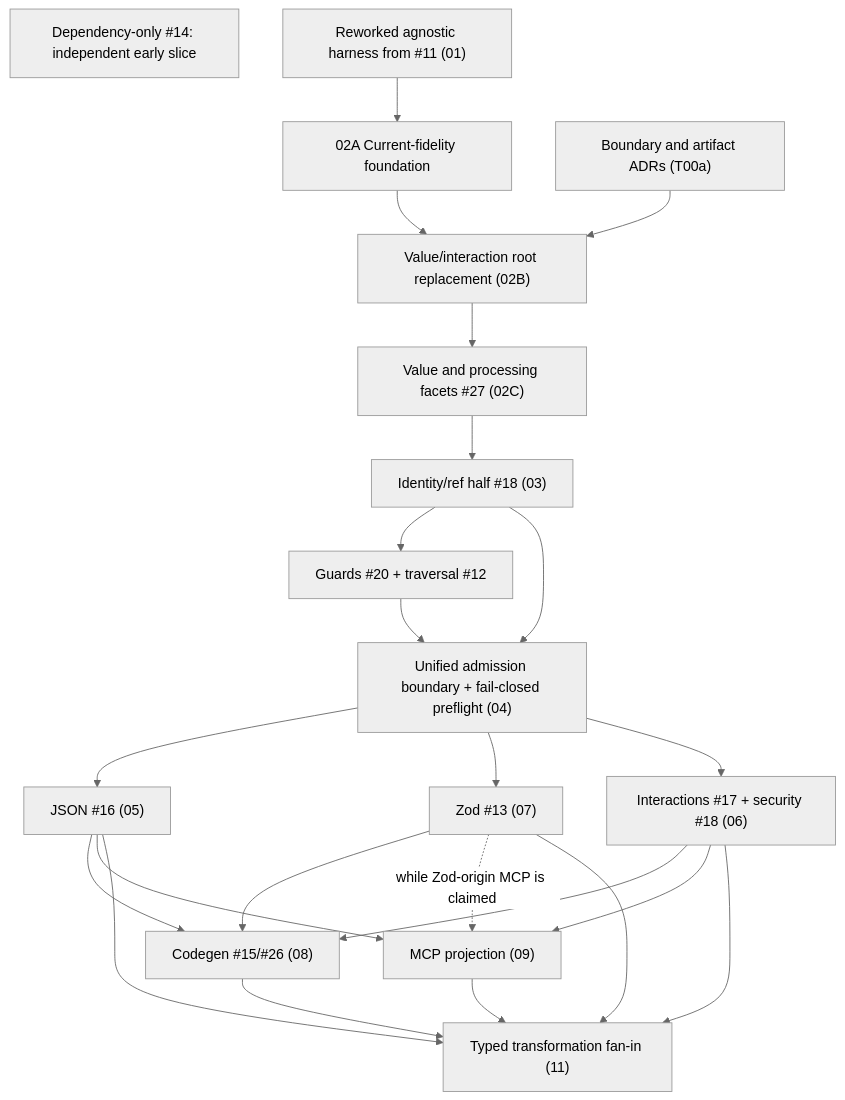
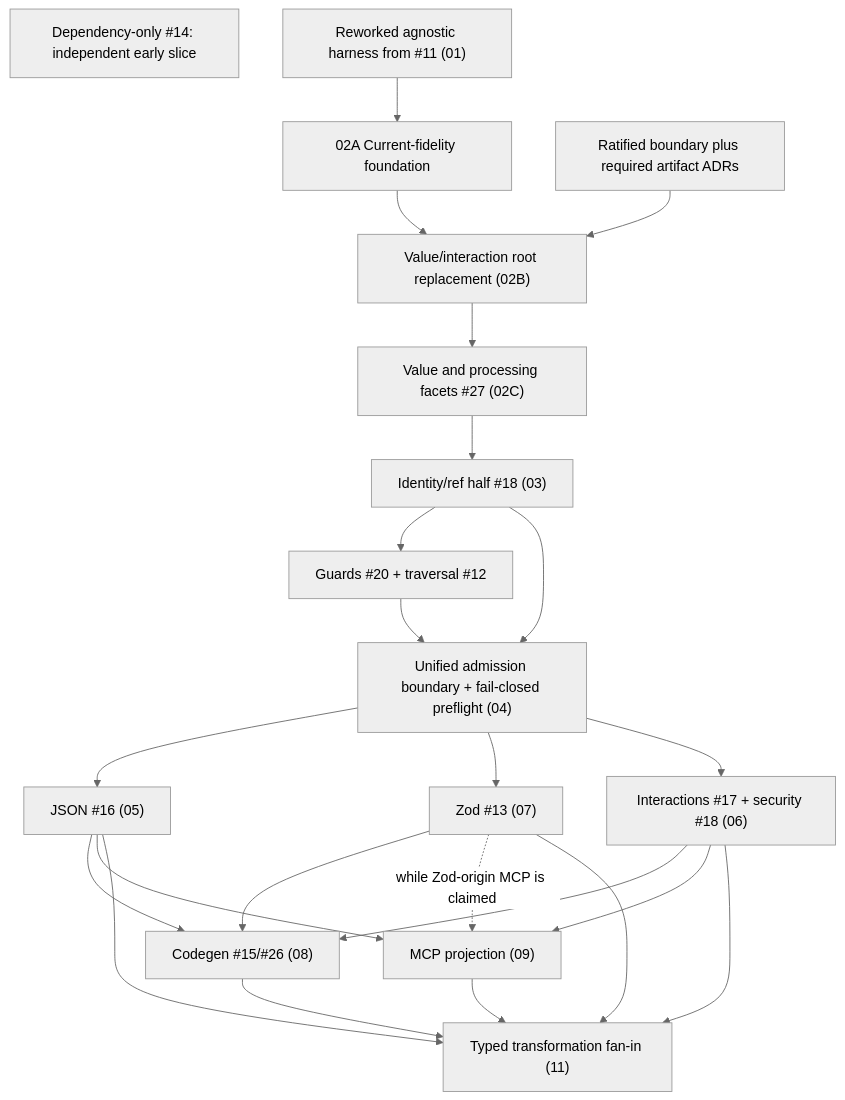
One commit to EngraphCode/castr changed the second of 2 diagrams in .agent/report/castr-completeness-losslessness-proof-programme-2026-08-21.md. Above: the diagram before and after it, drawn with Mermaid (neutral theme). The commit also changed other lines of this file and 4 other files, not shown here.

Commit message:
docs(plans): reconcile JSON Schema roadmap authority

````diff
--- a/.agent/report/castr-completeness-losslessness-proof-programme-2026-08-21.md
+++ b/.agent/report/castr-completeness-losslessness-proof-programme-2026-08-21.md
@@ -2237,26 +2245,26 @@
 ```mermaid
 flowchart TD
     X["Dependency-only #14: independent early slice"]
     B["Reworked agnostic harness from #11 (01)"] --> C["02A Current-fidelity foundation"]
-    A["Boundary and artifact ADRs (T00a)"] --> D["Value/interaction root replacement (02B)"]
+    A["Ratified boundary plus required artifact ADRs"] --> D["Value/interaction root replacement (02B)"]
     C --> D
     D --> E["Value and processing facets #27 (02C)"]
     E --> F["Identity/ref half #18 (03)"]
     F --> G["Guards #20 + traversal #12"]
     F --> ADM["Unified admission boundary + fail-closed preflight (04)"]
     G --> ADM
     ADM --> H["JSON #16 (05)"]
     ADM --> I["Zod #13 (07)"]
     ADM --> K["Interactions #17 + security #18 (06)"]
     H --> L["Codegen #15/#26 (08)"]
     I --> L
     K --> L
     H --> M["MCP projection (09)"]
     K --> M
     I -.->|"while Zod-origin MCP is claimed"| M
     H --> J["Typed transformation fan-in (11)"]
     I --> J
     K --> J
     L --> J
     M --> J
 ```
````
